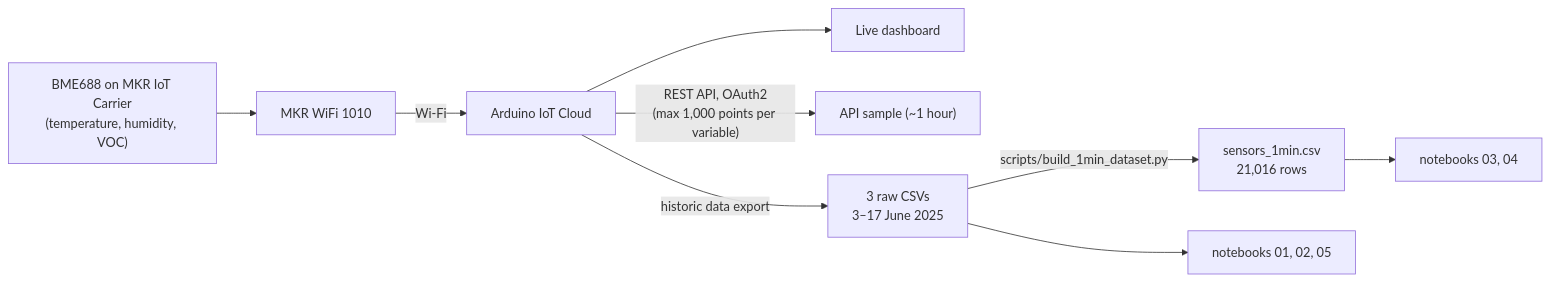
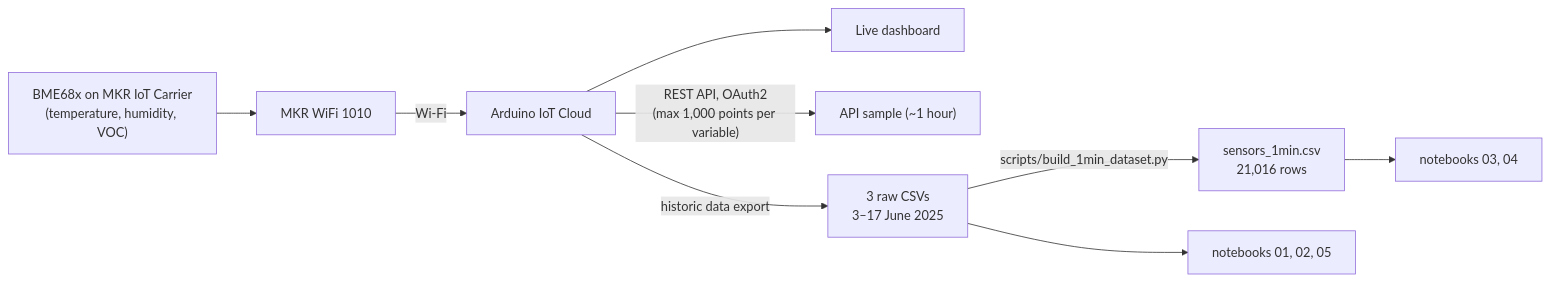
One commit to maryam843/iot-indoor-air-quality-forecasting changed the diagram in README.md. Above: the diagram before and after it, drawn with Mermaid. The commit also changed other lines of this file and 5 other files, not shown here.

````diff
--- a/README.md
+++ b/README.md
@@ -17,11 +17,11 @@
 ```mermaid
 flowchart LR
-  S["BME688 on MKR IoT Carrier<br/>(temperature, humidity, VOC)"] --> B["MKR WiFi 1010"]
+  S["BME68x on MKR IoT Carrier<br/>(temperature, humidity, VOC)"] --> B["MKR WiFi 1010"]
   B -->|"Wi-Fi"| C["Arduino IoT Cloud"]
   C --> D["Live dashboard"]
   C -->|"REST API, OAuth2<br/>(max 1,000 points per variable)"| E["API sample (~1 hour)"]
   C -->|"historic data export"| G["3 raw CSVs<br/>3–17 June 2025"]
   G -->|"scripts/build_1min_dataset.py"| H["sensors_1min.csv<br/>21,016 rows"]
   G --> N1["notebooks 01, 02, 05"]
   H --> N2["notebooks 03, 04"]
 ```
````
